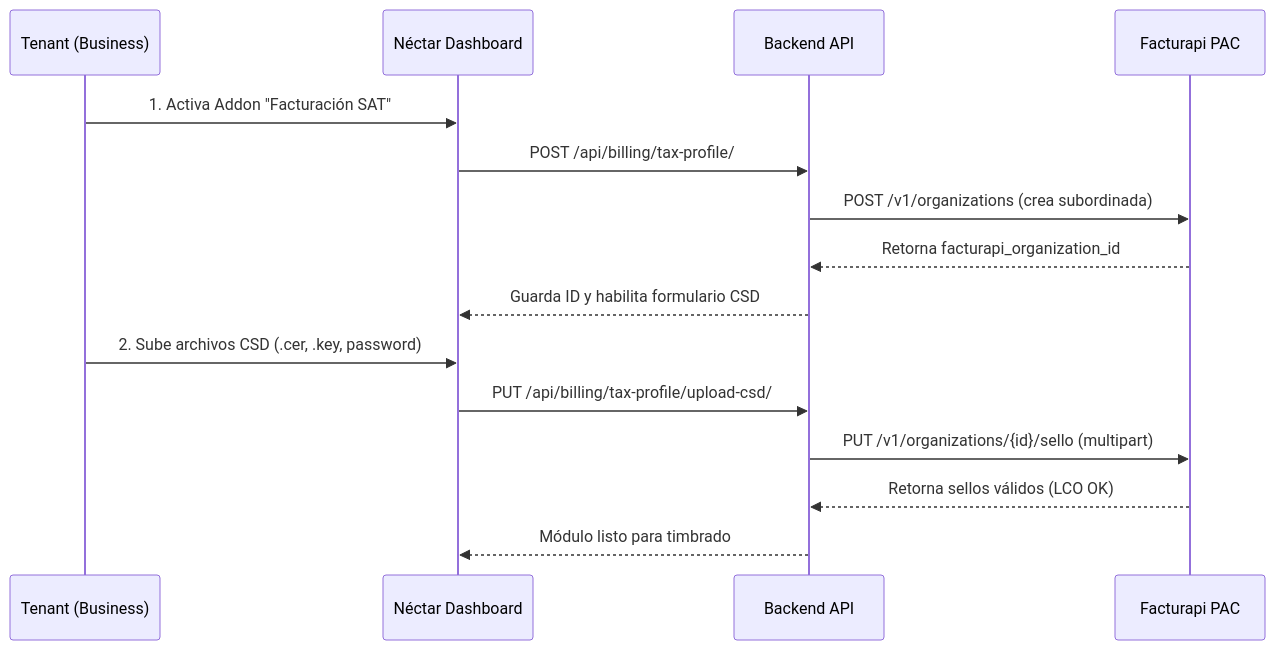
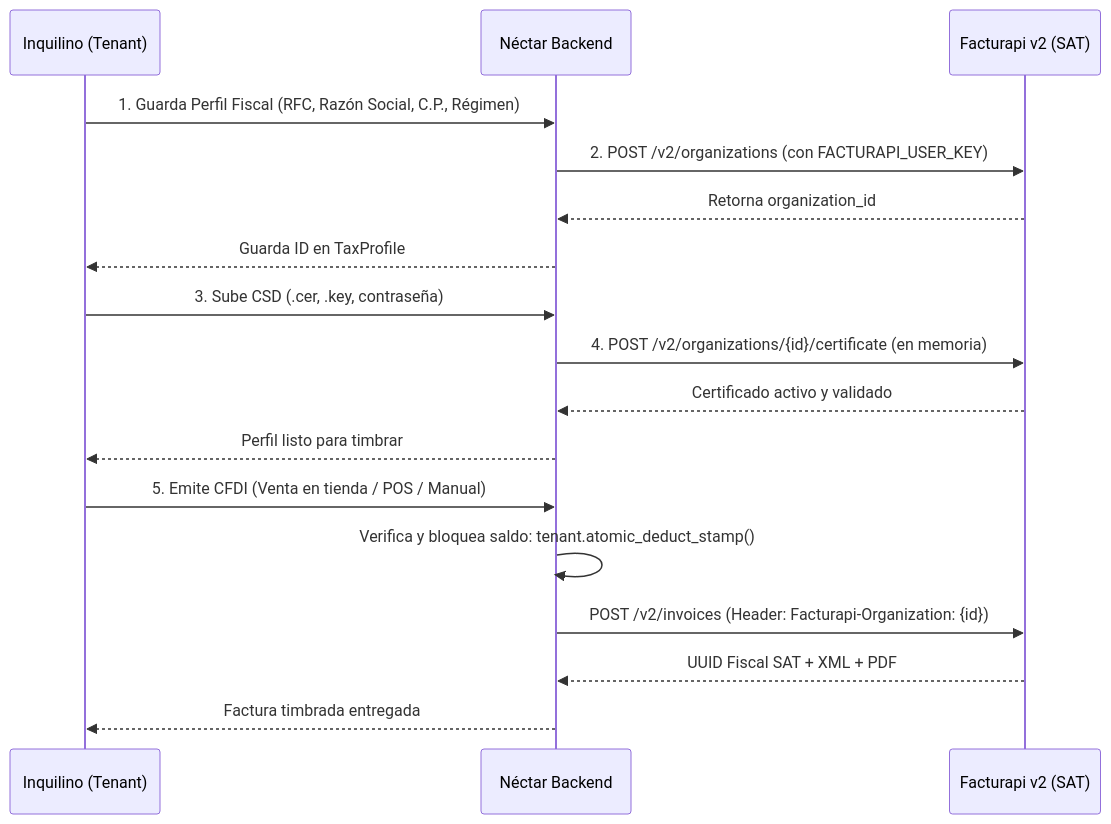
One commit to Finanzasparahippies/nectarlabs changed the diagram in backend/apps/billing/WHITE_LABEL_INVOICING.md. Above: the diagram before and after it, drawn with Mermaid. The commit also changed other lines of this file and 33 other files, not shown here.

Commit message:
feat(billing,shipping): facturapi v2 y envia.com multi-tenant

````diff
--- a/backend/apps/billing/WHITE_LABEL_INVOICING.md
+++ b/backend/apps/billing/WHITE_LABEL_INVOICING.md
@@ -53,19 +27,22 @@
 ```mermaid
 sequenceDiagram
-    participant T as Tenant (Business)
-    participant D as Néctar Dashboard
-    participant B as Backend API
-    participant PAC as Facturapi PAC
+    participant T as Inquilino (Tenant)
+    participant N as Néctar Backend
+    participant F as Facturapi v2 (SAT)
 
-    T->>D: 1. Activa Addon "Facturación SAT"
-    D->>B: POST /api/billing/tax-profile/
-    B->>PAC: POST /v1/organizations (crea subordinada)
-    PAC-->>B: Retorna facturapi_organization_id
-    B-->>D: Guarda ID y habilita formulario CSD
+    T->>N: 1. Guarda Perfil Fiscal (RFC, Razón Social, C.P., Régimen)
+    N->>F: 2. POST /v2/organizations (con FACTURAPI_USER_KEY)
+    F-->>N: Retorna organization_id
+    N-->>T: Guarda ID en TaxProfile
 
-    T->>D: 2. Sube archivos CSD (.cer, .key, password)
-    D->>B: PUT /api/billing/tax-profile/upload-csd/
-    B->>PAC: PUT /v1/organizations/{id}/sello (multipart)
-    PAC-->>B: Retorna sellos válidos (LCO OK)
-    B-->>D: Módulo listo para timbrado
+    T->>N: 3. Sube CSD (.cer, .key, contraseña)
+    N->>F: 4. POST /v2/organizations/{id}/certificate (en memoria)
+    F-->>N: Certificado activo y validado
+    N-->>T: Perfil listo para timbrar
+
+    T->>N: 5. Emite CFDI (Venta en tienda / POS / Manual)
+    N->>N: Verifica y bloquea saldo: tenant.atomic_deduct_stamp()
+    N->>F: POST /v2/invoices (Header: Facturapi-Organization: {id})
+    F-->>N: UUID Fiscal SAT + XML + PDF
+    N-->>T: Factura timbrada entregada
 ```
````
